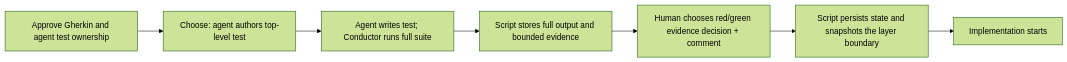
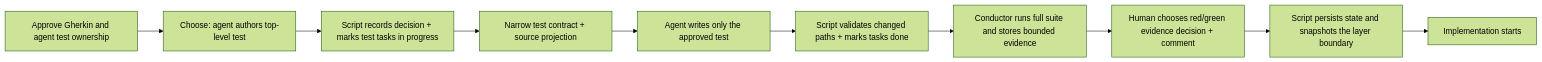
Before and after one commit to cdespona/conductor-layered-tdd: diagram 12 of 18 in docs/operator-guide.md, drawn with Mermaid (forest theme). The commit also changed other lines of this file and 8 other files, not shown here.

Commit message:
refactor: optimize test authoring workflow and contract projection

````diff
--- a/docs/operator-guide.md
+++ b/docs/operator-guide.md
@@ -561,9 +562,12 @@
 ```mermaid
 flowchart LR
     A["Approve Gherkin and agent test ownership"] --> B["Choose: agent authors top-level test"]
-    B --> C["Agent writes test; Conductor runs full suite"]
-    C --> D["Script stores full output and bounded evidence"]
+    B --> Prep["Script records decision + marks test tasks in progress"]
+    Prep --> Context["Narrow test contract + source projection"]
+    Context --> C["Agent writes only the approved test"]
+    C --> Validate["Script validates changed paths + marks tasks done"]
+    Validate --> D["Conductor runs full suite and stores bounded evidence"]
     D --> E["Human chooses red/green evidence decision + comment"]
     E --> F["Script persists state and snapshots the layer boundary"]
     F --> G["Implementation starts"]
 ```
````
